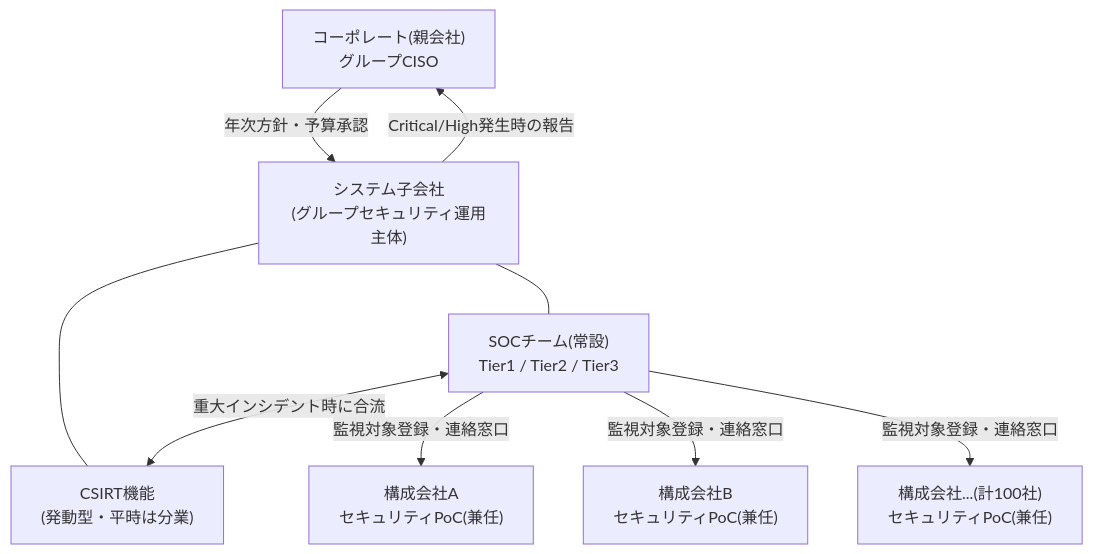
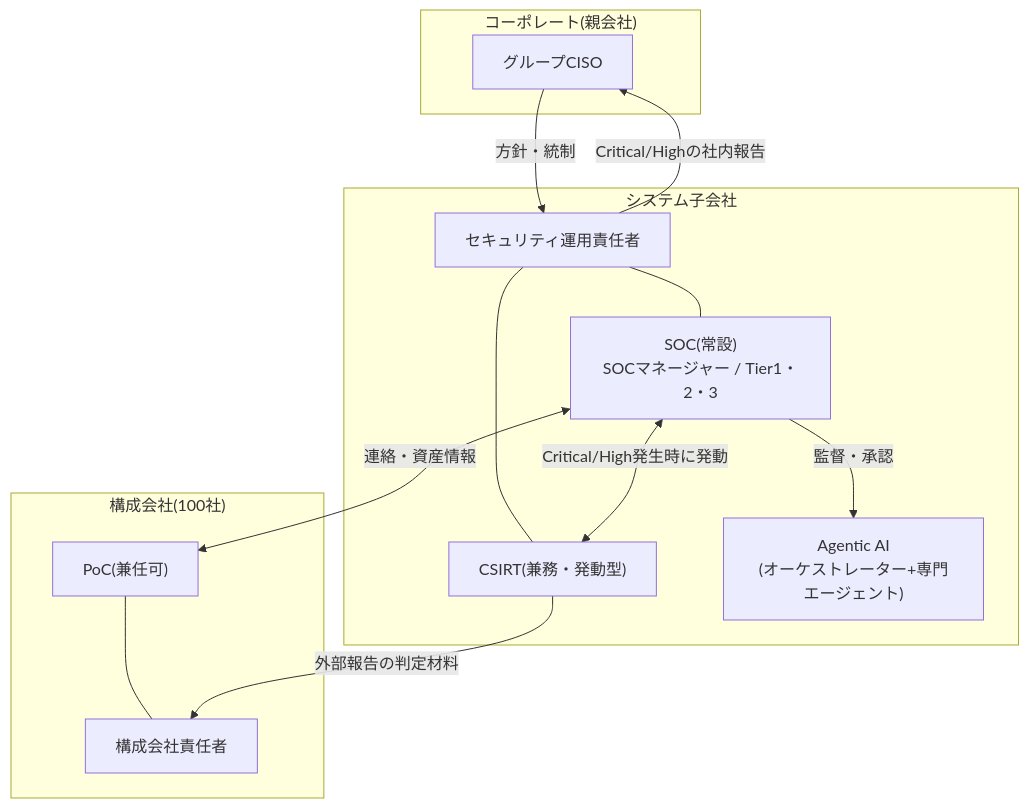
The diagram in 01-governance/01-01-organization-structure.md (Okusan818/agentic-ai-soc-csirt-sample), drawn with Mermaid before and after one commit. The commit also changed other lines of this file and 20 other files, not shown here.

````diff
--- a/01-governance/01-01-organization-structure.md
+++ b/01-governance/01-01-organization-structure.md
@@ -9,19 +14,26 @@
 ```mermaid
 graph TD
-    Corp["コーポレート(親会社)<br/>グループCISO"]
-    SysCo["システム子会社<br/>(グループセキュリティ運用主体)"]
-    SOC["SOCチーム(常設)<br/>Tier1 / Tier2 / Tier3"]
-    CSIRT["CSIRT機能<br/>(発動型・平時は分業)"]
-    PoC1["構成会社A<br/>セキュリティPoC(兼任)"]
-    PoC2["構成会社B<br/>セキュリティPoC(兼任)"]
-    PoCn["構成会社...(計100社)<br/>セキュリティPoC(兼任)"]
+    subgraph Corp["コーポレート(親会社)"]
+        CISO["グループCISO"]
+    end
+    subgraph SysCo["システム子会社"]
+        Head["セキュリティ運用責任者"]
+        SOC["SOC(常設)<br/>SOCマネージャー / Tier1・2・3"]
+        CSIRT["CSIRT(兼務・発動型)"]
+        AI["Agentic AI<br/>(オーケストレーター+専門エージェント)"]
+    end
+    subgraph GC["構成会社(100社)"]
+        Exec["構成会社責任者"]
+        PoC["PoC(兼任可)"]
+    end
 
-    Corp -->|年次方針・予算承認| SysCo
-    SysCo -->|Critical/High発生時の報告| Corp
-    SysCo --- SOC
-    SysCo --- CSIRT
-    SOC <-->|重大インシデント時に合流| CSIRT
-    SOC -->|監視対象登録・連絡窓口| PoC1
-    SOC -->|監視対象登録・連絡窓口| PoC2
-    SOC -->|監視対象登録・連絡窓口| PoCn
+    CISO -->|方針・統制| Head
+    Head -->|Critical/Highの社内報告| CISO
+    Head --- SOC
+    Head --- CSIRT
+    SOC <-->|Critical/High発生時に発動| CSIRT
+    SOC -->|監督・承認| AI
+    SOC <-->|連絡・資産情報| PoC
+    PoC --- Exec
+    CSIRT -->|外部報告の判定材料| Exec
 ```
````
